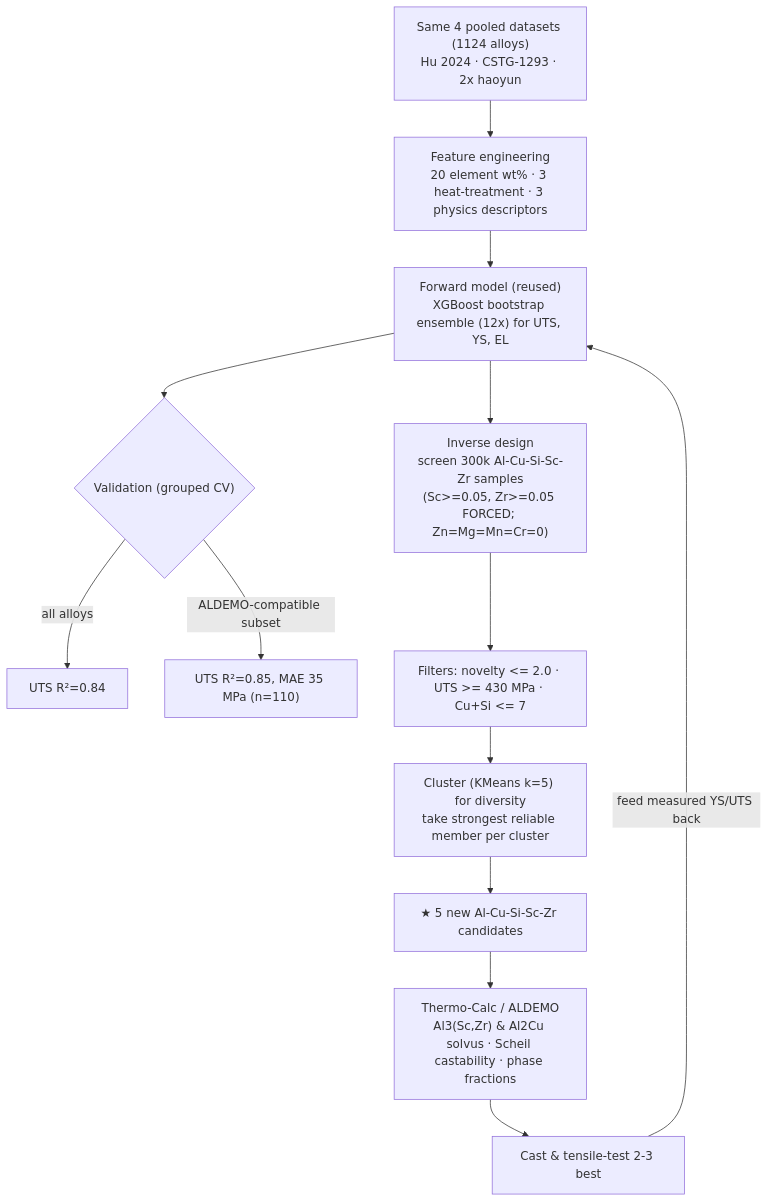
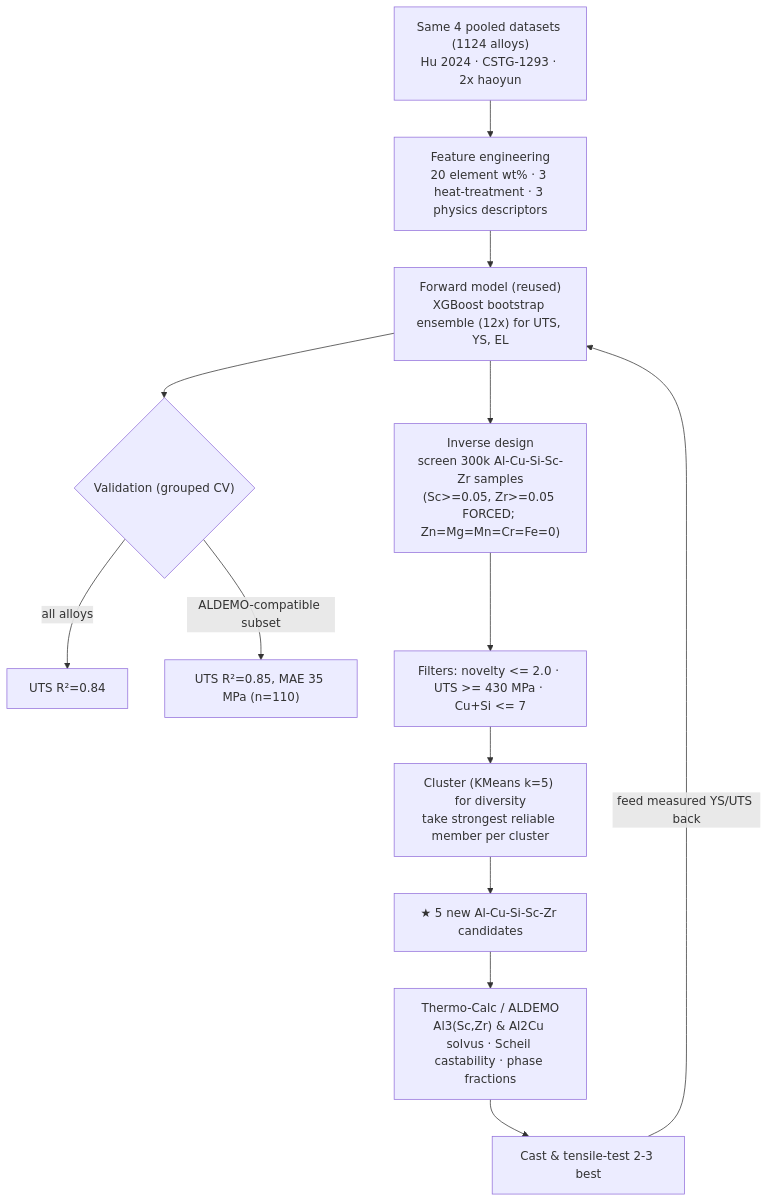
One commit to Arafat245/high-strength-aluminium-alloy-ml changed the diagram in README_ALDEMO.md. Above: the diagram before and after it, drawn with Mermaid. The commit also changed other lines of this file and 5 other files, not shown here.

````diff
--- a/README_ALDEMO.md
+++ b/README_ALDEMO.md
@@ -51,15 +51,15 @@
 ```mermaid
 flowchart TD
     A["Same 4 pooled datasets (1124 alloys)<br/>Hu 2024 · CSTG-1293 · 2x haoyun"] --> C["Feature engineering<br/>20 element wt% · 3 heat-treatment · 3 physics descriptors"]
     C --> D["Forward model (reused)<br/>XGBoost bootstrap ensemble (12x) for UTS, YS, EL"]
     D --> E{"Validation (grouped CV)"}
     E -->|"all alloys"| E1["UTS R²=0.84"]
     E -->|"ALDEMO-compatible subset"| E2["UTS R²=0.85, MAE 35 MPa (n=110)"]
-    D --> F["Inverse design<br/>screen 300k Al-Cu-Si-Sc-Zr samples<br/>(Sc>=0.05, Zr>=0.05 FORCED; Zn=Mg=Mn=Cr=0)"]
+    D --> F["Inverse design<br/>screen 300k Al-Cu-Si-Sc-Zr samples<br/>(Sc>=0.05, Zr>=0.05 FORCED; Zn=Mg=Mn=Cr=Fe=0)"]
     F --> G["Filters: novelty <= 2.0 · UTS >= 430 MPa · Cu+Si <= 7"]
     G --> H["Cluster (KMeans k=5) for diversity<br/>take strongest reliable member per cluster"]
     H --> J["★ 5 new Al-Cu-Si-Sc-Zr candidates"]
     J --> K["Thermo-Calc / ALDEMO<br/>Al3(Sc,Zr) & Al2Cu solvus · Scheil castability · phase fractions"]
     K --> L["Cast & tensile-test 2-3 best"]
     L -->|"feed measured YS/UTS back"| D
 ```
````
